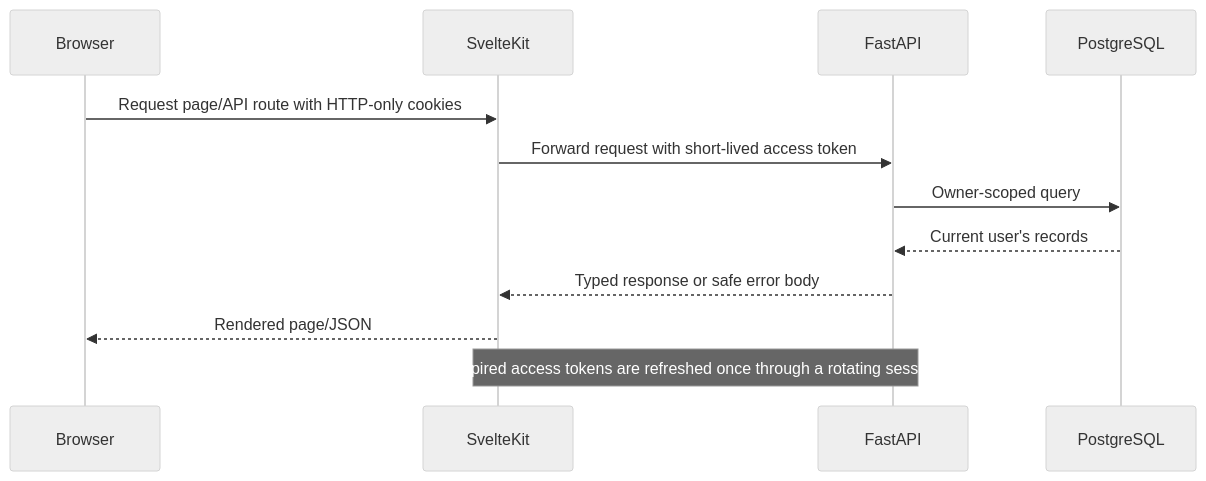
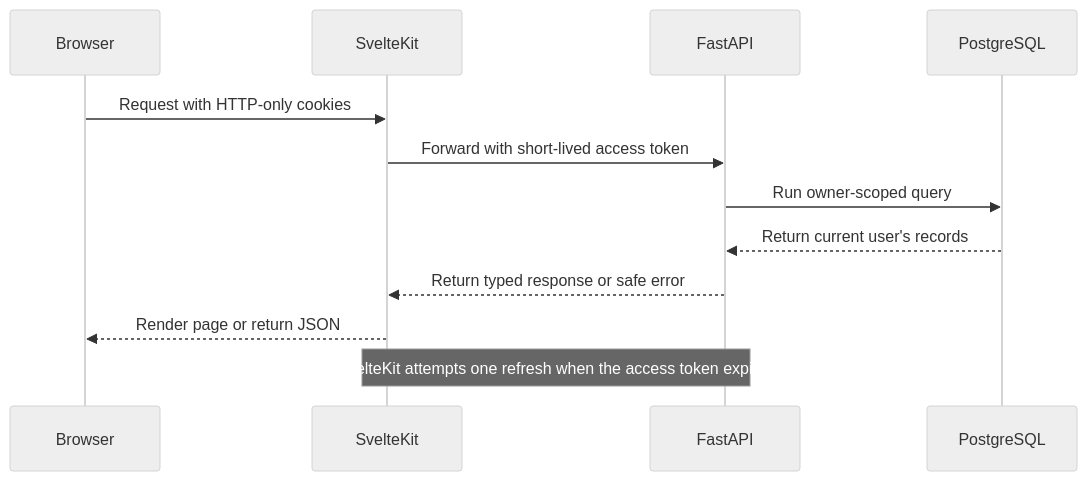
One commit to djdillybdev/ChooseYourTube changed the second of 5 diagrams in docs/architecture.md. Above: the diagram before and after it, drawn with Mermaid (neutral theme). The commit also changed other lines of this file and 17 other files, not shown here.

````diff
--- a/docs/architecture.md
+++ b/docs/architecture.md
@@ -36,15 +35,15 @@
 ```mermaid
 sequenceDiagram
     participant B as Browser
     participant S as SvelteKit
     participant A as FastAPI
     participant P as PostgreSQL
 
-    B->>S: Request page/API route with HTTP-only cookies
-    S->>A: Forward request with short-lived access token
-    A->>P: Owner-scoped query
-    P-->>A: Current user's records
-    A-->>S: Typed response or safe error body
-    S-->>B: Rendered page/JSON
-    Note over S,A: Expired access tokens are refreshed once through a rotating session
+    B->>S: Request with HTTP-only cookies
+    S->>A: Forward with short-lived access token
+    A->>P: Run owner-scoped query
+    P-->>A: Return current user's records
+    A-->>S: Return typed response or safe error
+    S-->>B: Render page or return JSON
+    Note over S,A: SvelteKit attempts one refresh when the access token expires
 ```
````
